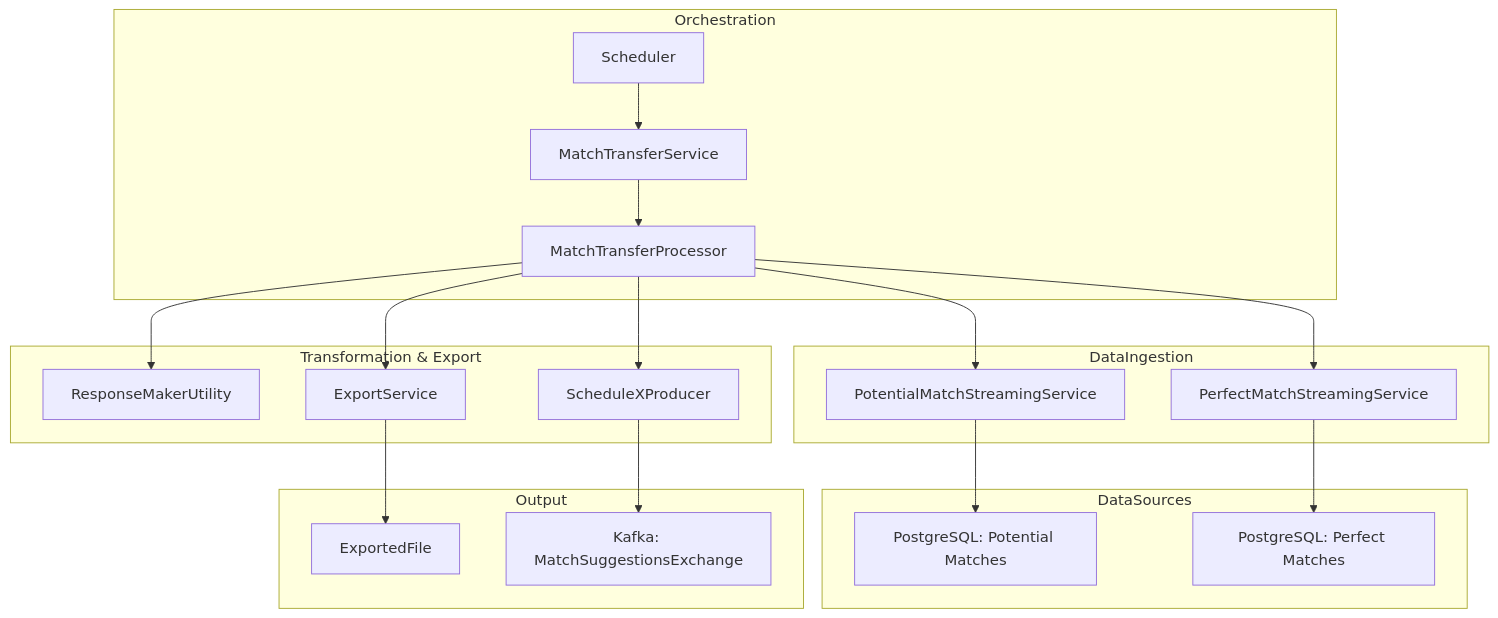
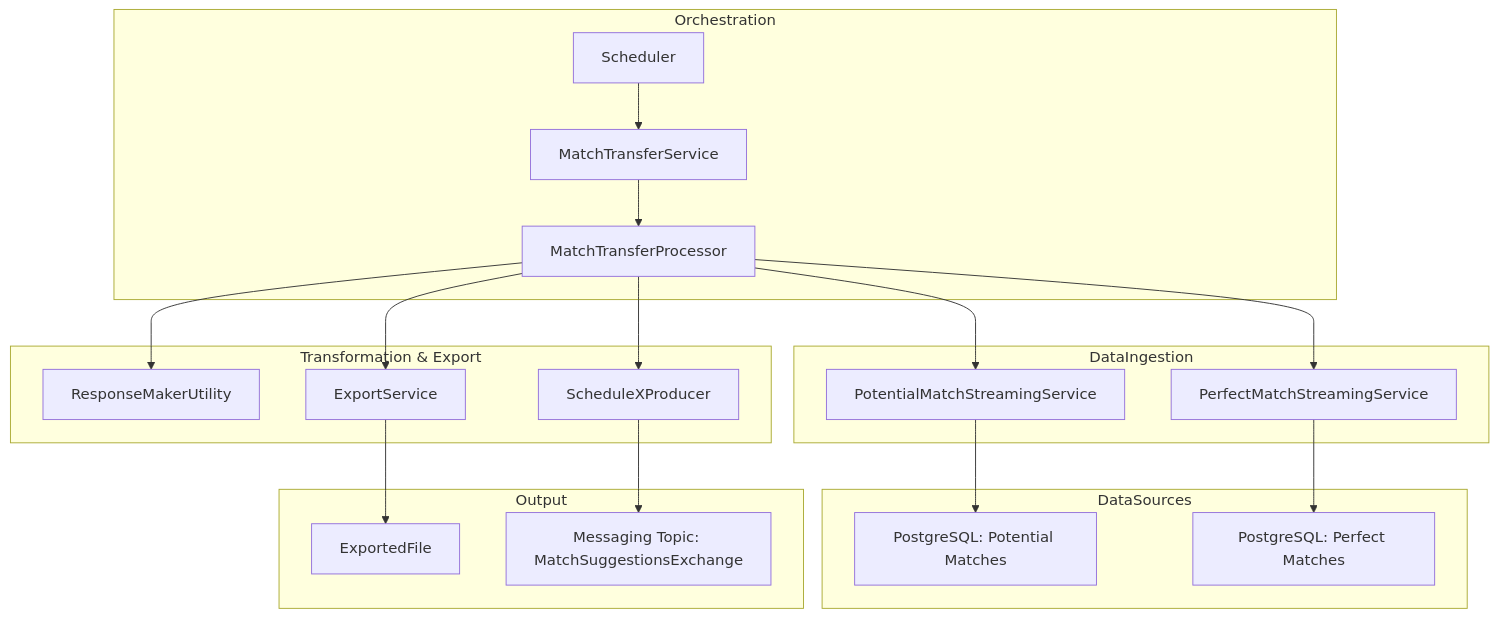
One commit to kagit00/schedule_x changed the third of 10 diagrams in docs/High Level Designs/MatchesTransfer.md. Above: the diagram before and after it, drawn with Mermaid. The commit also changed other lines of this file and 7 other files, not shown here.

````diff
--- a/docs/High Level Designs/MatchesTransfer.md
+++ b/docs/High Level Designs/MatchesTransfer.md
@@ -58,28 +60,28 @@
 ```mermaid
 graph TD
     subgraph Orchestration
         A[Scheduler] --> B[MatchTransferService]
         B --> C[MatchTransferProcessor]
     end
 
     subgraph DataIngestion
         C --> D[PotentialMatchStreamingService]
         C --> E[PerfectMatchStreamingService]
     end
 
     subgraph Transformation & Export
         C --> F[ResponseMakerUtility]
         C --> G[ExportService]
         C --> H[ScheduleXProducer]
     end
 
     subgraph DataSources
         D --> I[PostgreSQL: Potential Matches]
         E --> J[PostgreSQL: Perfect Matches]
     end
 
     subgraph Output
         G --> K[ExportedFile]
-        H --> L[Kafka: MatchSuggestionsExchange]
+        H --> L[Messaging Topic: MatchSuggestionsExchange]
     end
 ```
````
